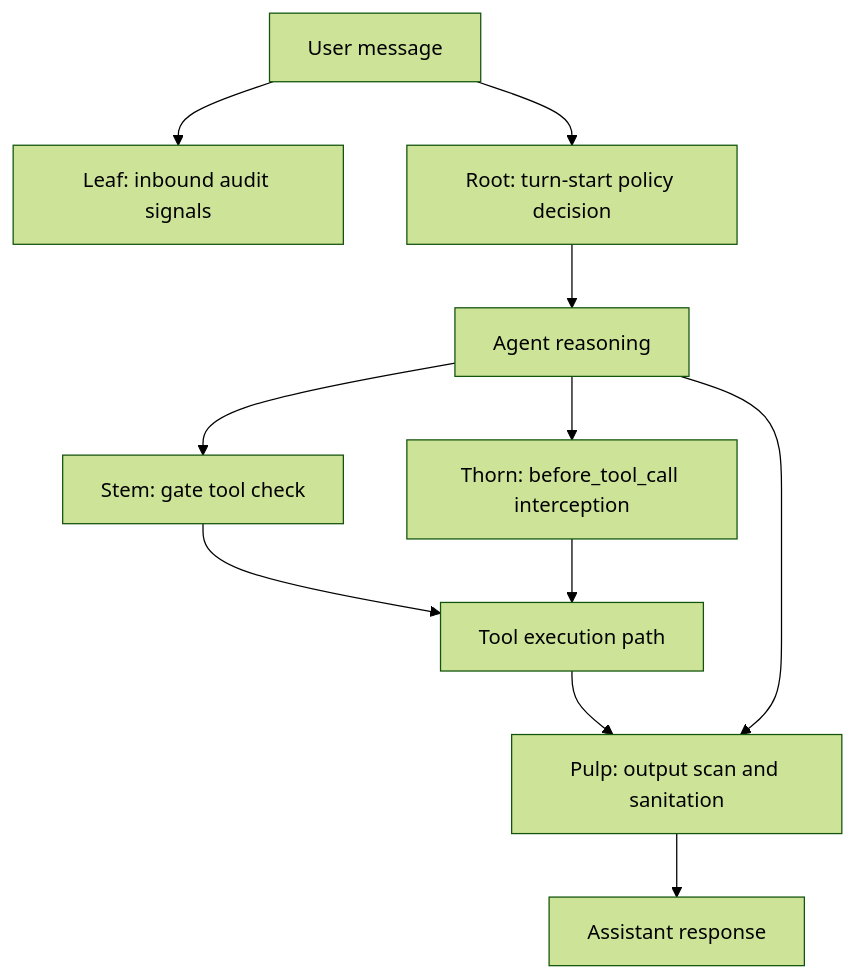
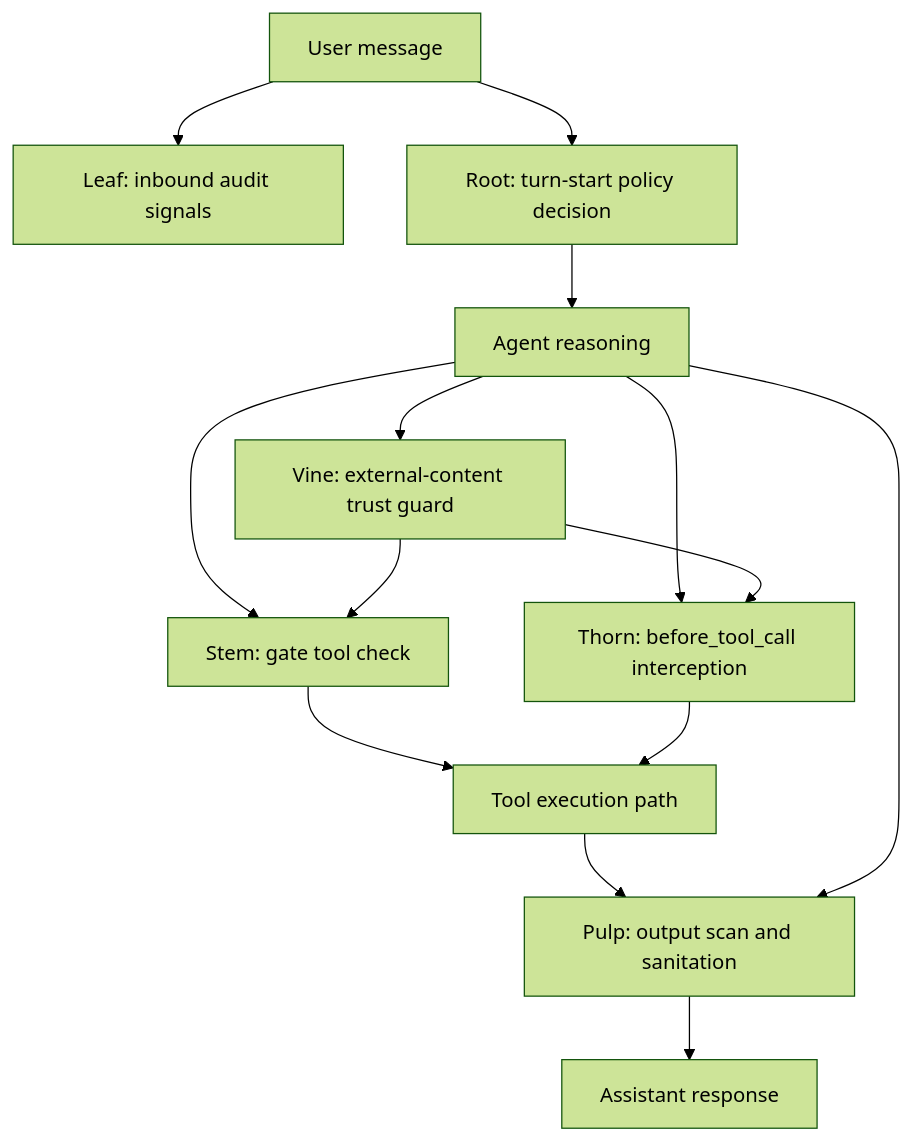
The diagram in docs/wiki/layers/README.md (F4bioo/berry-shield), drawn with Mermaid (forest theme) before and after one commit. The commit also changed other lines of this file and 18 other files, not shown here.

````diff
--- a/docs/wiki/layers/README.md
+++ b/docs/wiki/layers/README.md
@@ -25,13 +26,16 @@
 ```mermaid
 flowchart TD
     U[User message] --> LEAF[Leaf: inbound audit signals]
     U --> ROOT[Root: turn-start policy decision]
     ROOT --> A[Agent reasoning]
+    A --> VINE[Vine: external-content trust guard]
     A --> STEM[Stem: gate tool check]
     A --> THORN[Thorn: before_tool_call interception]
+    VINE --> STEM
+    VINE --> THORN
     STEM --> TOOLS[Tool execution path]
     THORN --> TOOLS
     TOOLS --> PULP[Pulp: output scan and sanitation]
     A --> PULP
     PULP --> OUT[Assistant response]
 ```
````
